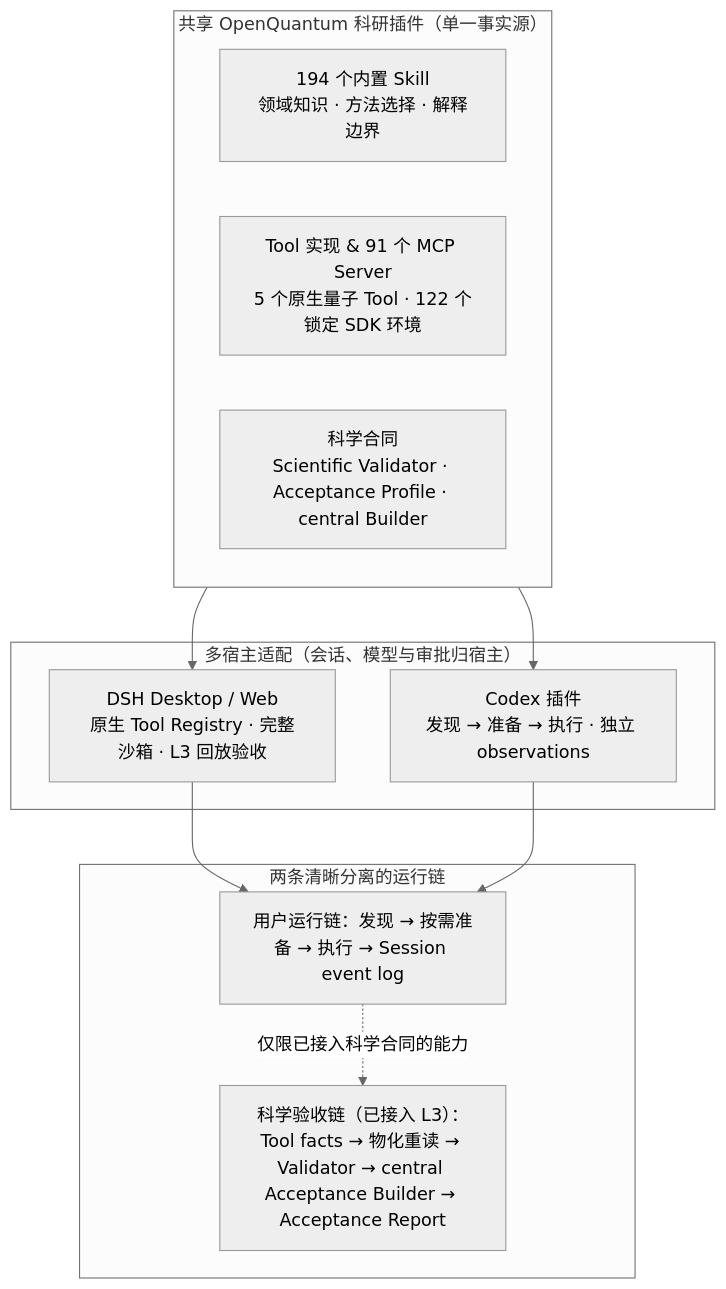
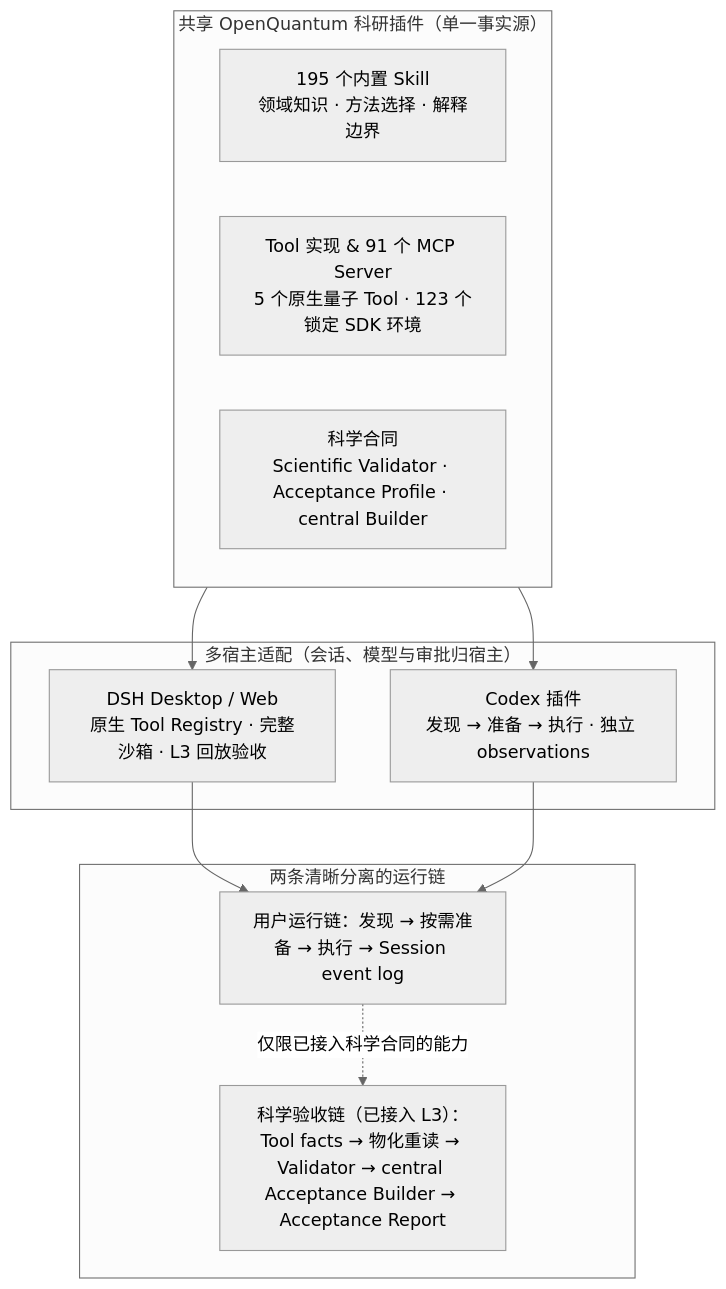
The diagram in README.md (xi-zhao/OpenQuantum), drawn with Mermaid (neutral theme) before and after one commit. The commit also changed other lines of this file and 23 other files, not shown here.

````diff
--- a/README.md
+++ b/README.md
@@ -375,25 +376,25 @@
 ```mermaid
 flowchart TB
   subgraph Shared["共享 OpenQuantum 科研插件（单一事实源）"]
-    SK["194 个内置 Skill<br/>领域知识 · 方法选择 · 解释边界"]
-    TI["Tool 实现 & 91 个 MCP Server<br/>5 个原生量子 Tool · 122 个锁定 SDK 环境"]
+    SK["195 个内置 Skill<br/>领域知识 · 方法选择 · 解释边界"]
+    TI["Tool 实现 & 91 个 MCP Server<br/>5 个原生量子 Tool · 123 个锁定 SDK 环境"]
     SC["科学合同<br/>Scientific Validator · Acceptance Profile · central Builder"]
   end
 
   subgraph Hosts["多宿主适配（会话、模型与审批归宿主）"]
     DSH["DSH Desktop / Web<br/>原生 Tool Registry · 完整沙箱 · L3 回放验收"]
     CDX["Codex 插件<br/>发现 → 准备 → 执行 · 独立 observations"]
   end
 
   Shared --> DSH
   Shared --> CDX
 
   subgraph Flow["两条清晰分离的运行链"]
     RUN["用户运行链：发现 → 按需准备 → 执行 → Session event log"]
     ACC["科学验收链（已接入 L3）：Tool facts → 物化重读 → Validator → central Acceptance Builder → Acceptance Report"]
   end
 
   DSH --> RUN
   CDX --> RUN
   RUN -.->|"仅限已接入科学合同的能力"| ACC
 ```
````
